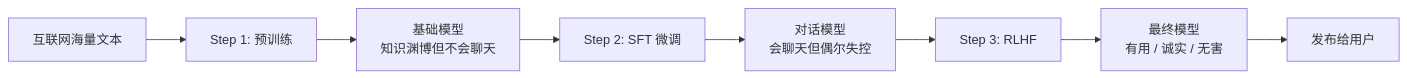
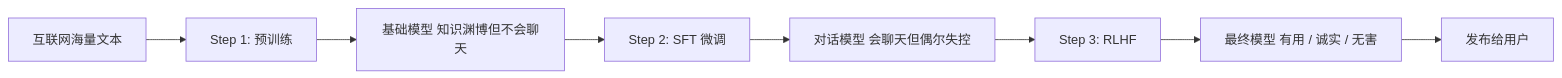
One commit to fuzhengwei/CodeGuide changed diagram 23 of 32 in docs/md/ai/ai-llm.md. Above: the diagram before and after it, drawn with Mermaid. The commit also changed other lines of this file, not shown here.

````diff
--- a/docs/md/ai/ai-llm.md
+++ b/docs/md/ai/ai-llm.md
@@ -855,10 +855,10 @@
 ```mermaid
 graph LR
     A[互联网海量文本] --> B["Step 1: 预训练"]
-    B --> C["基础模型<br/>知识渊博但不会聊天"]
+    B --> C["基础模型 知识渊博但不会聊天"]
     C --> D["Step 2: SFT 微调"]
-    D --> E["对话模型<br/>会聊天但偶尔失控"]
+    D --> E["对话模型 会聊天但偶尔失控"]
     E --> F["Step 3: RLHF"]
-    F --> G["最终模型<br/>有用 / 诚实 / 无害"]
+    F --> G["最终模型 有用 / 诚实 / 无害"]
     G --> H[发布给用户]
 ```
````
